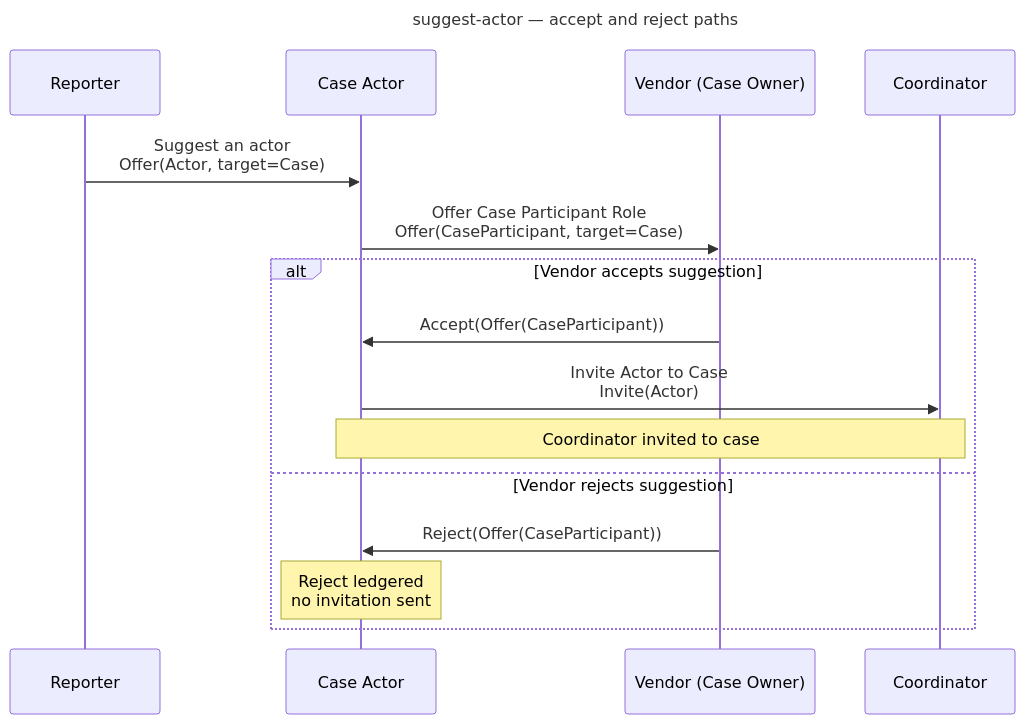
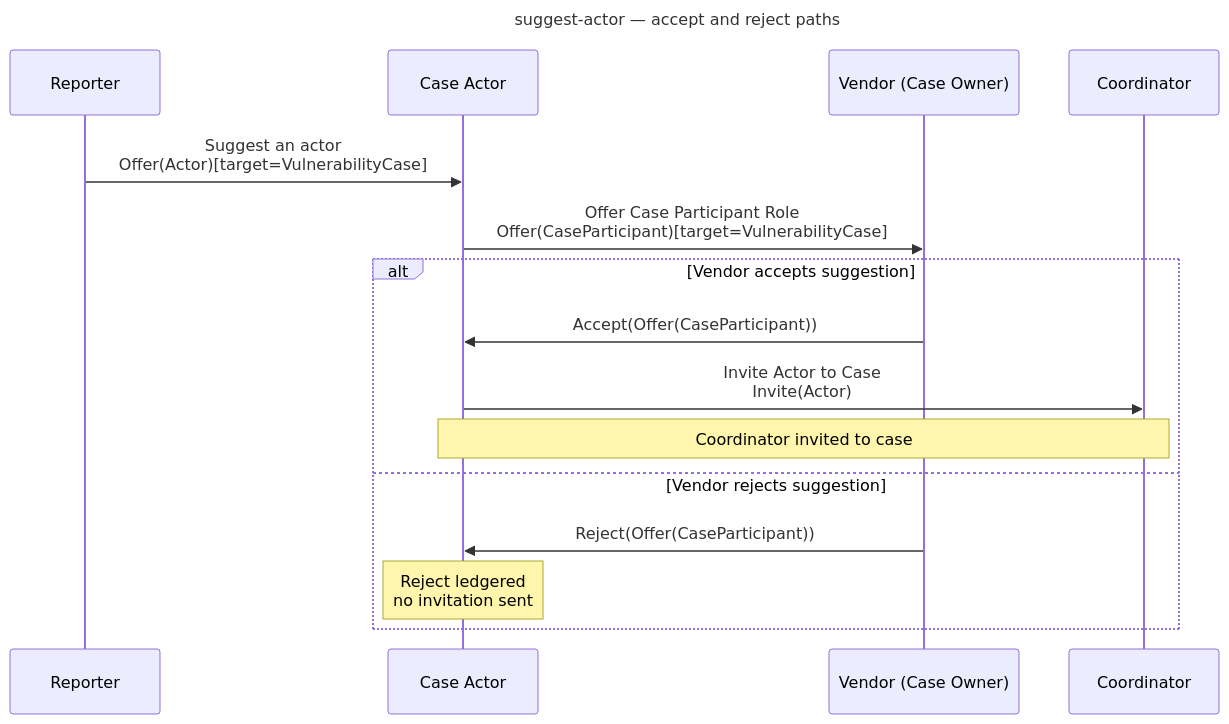
Before and after one commit to CERTCC/Vultron: the second of 9 diagrams in docs/tutorials/other_demos.md, drawn with Mermaid. The commit also changed 39 other files, not shown here.

````diff
--- a/docs/tutorials/other_demos.md
+++ b/docs/tutorials/other_demos.md
@@ -128,21 +128,21 @@
 ```mermaid
 ---
 title: suggest-actor — accept and reject paths
 ---
 sequenceDiagram
     participant R as Reporter
     participant CA as Case Actor
     participant V as Vendor (Case Owner)
     participant C as Coordinator
 
-    R->>CA: Suggest an actor<br/>Offer(Actor, target=Case)
-    CA->>V: Offer Case Participant Role<br/>Offer(CaseParticipant, target=Case)
+    R->>CA: Suggest an actor<br/>Offer(Actor)[target=VulnerabilityCase]
+    CA->>V: Offer Case Participant Role<br/>Offer(CaseParticipant)[target=VulnerabilityCase]
     alt Vendor accepts suggestion
         V->>CA: Accept(Offer(CaseParticipant))
         CA->>C: Invite Actor to Case<br/>Invite(Actor)
         Note over CA,C: Coordinator invited to case
     else Vendor rejects suggestion
         V->>CA: Reject(Offer(CaseParticipant))
         Note over CA: Reject ledgered<br/>no invitation sent
     end
 ```
````
